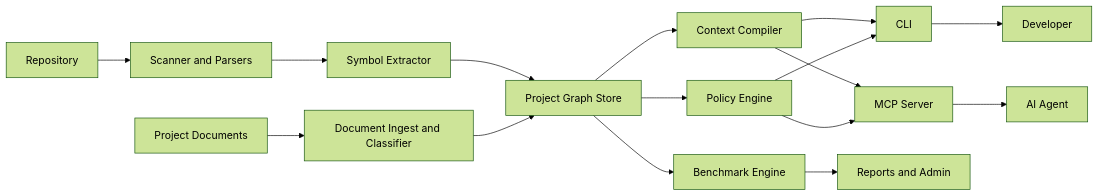
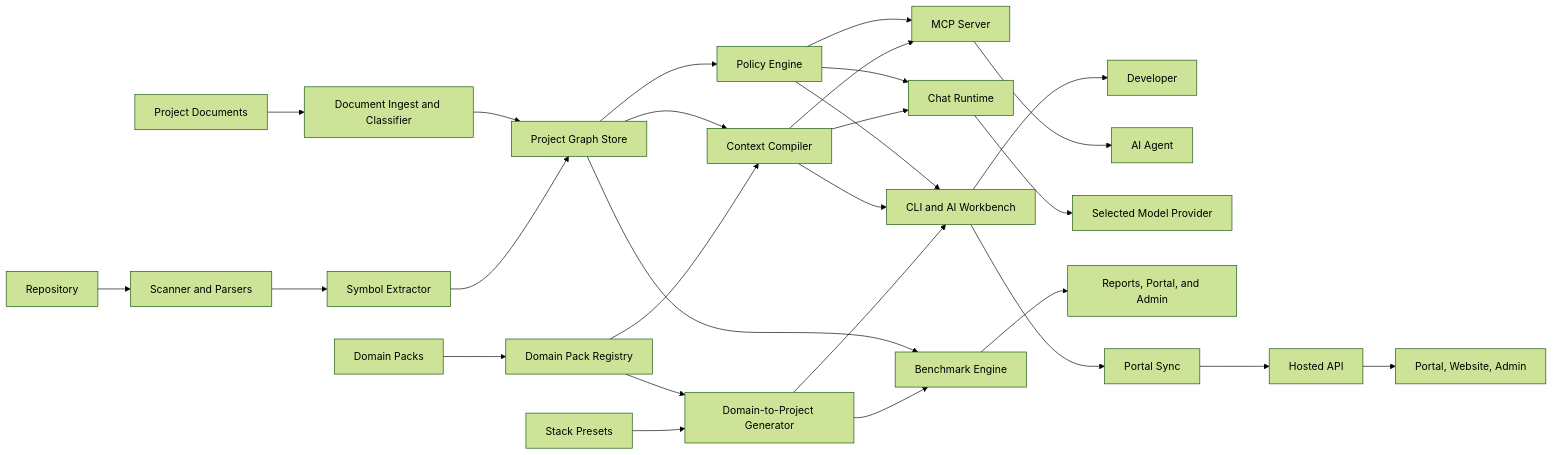
Before and after one commit to phamhungptithcm/be-ai-heart: the first of 2 diagrams in docs/03-technical-architecture.md, drawn with Mermaid (forest theme). The commit also changed other lines of this file and 27 other files, not shown here.

Commit message:
docs: update product architecture and release planning

````diff
--- a/docs/03-technical-architecture.md
+++ b/docs/03-technical-architecture.md
@@ -9,18 +9,30 @@
 ```mermaid
 flowchart LR
     A["Repository"] --> B["Scanner and Parsers"]
     A2["Project Documents"] --> B2["Document Ingest and Classifier"]
+    A3["Domain Packs"] --> B3["Domain Pack Registry"]
+    A4["Stack Presets"] --> B4["Domain-to-Project Generator"]
     B --> C["Symbol Extractor"]
     C --> D["Project Graph Store"]
     B2 --> D
+    B3 --> B4
+    B3 --> E
+    B4 --> G
+    B4 --> K
     D --> E["Context Compiler"]
     D --> F["Policy Engine"]
-    E --> G["CLI"]
+    E --> G["CLI and AI Workbench"]
     E --> H["MCP Server"]
+    E --> H2["Chat Runtime"]
     F --> G
     F --> H
+    F --> H2
     G --> I["Developer"]
     H --> J["AI Agent"]
+    H2 --> J2["Selected Model Provider"]
     D --> K["Benchmark Engine"]
-    K --> L["Reports and Admin"]
+    K --> L["Reports, Portal, and Admin"]
+    G --> M["Portal Sync"]
+    M --> N["Hosted API"]
+    N --> O["Portal, Website, Admin"]
 ```
````
